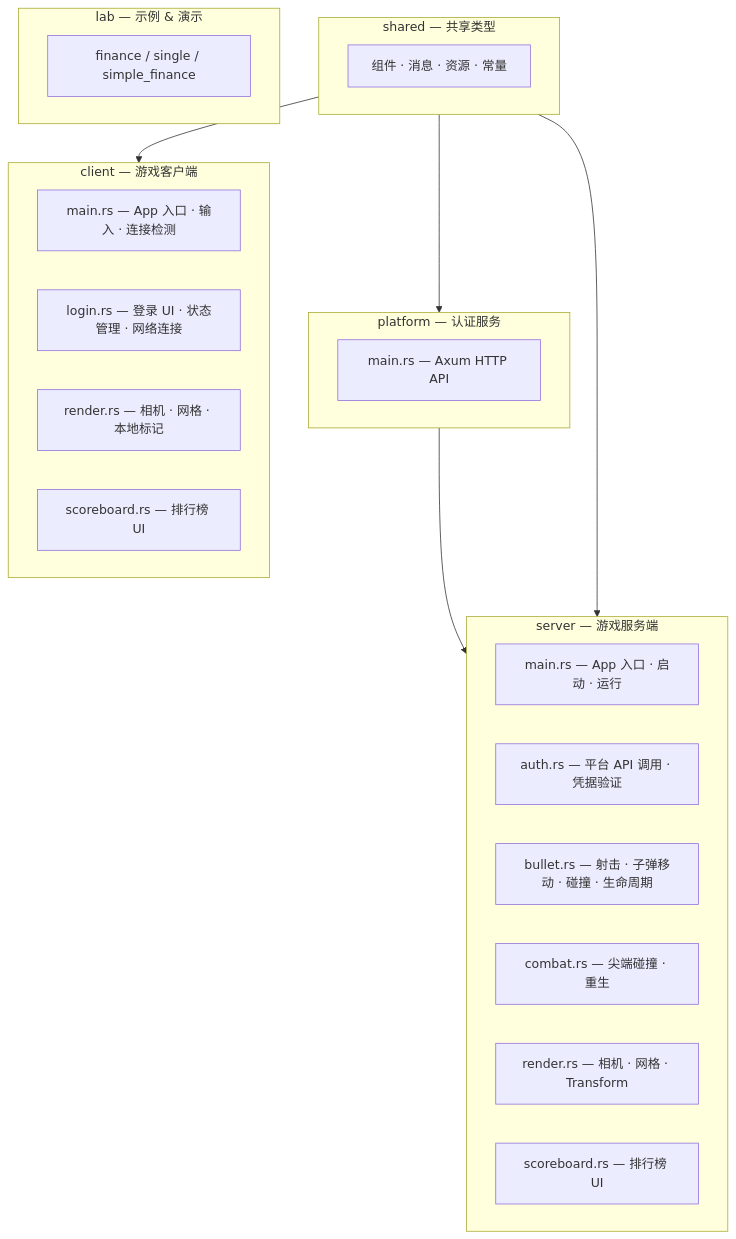
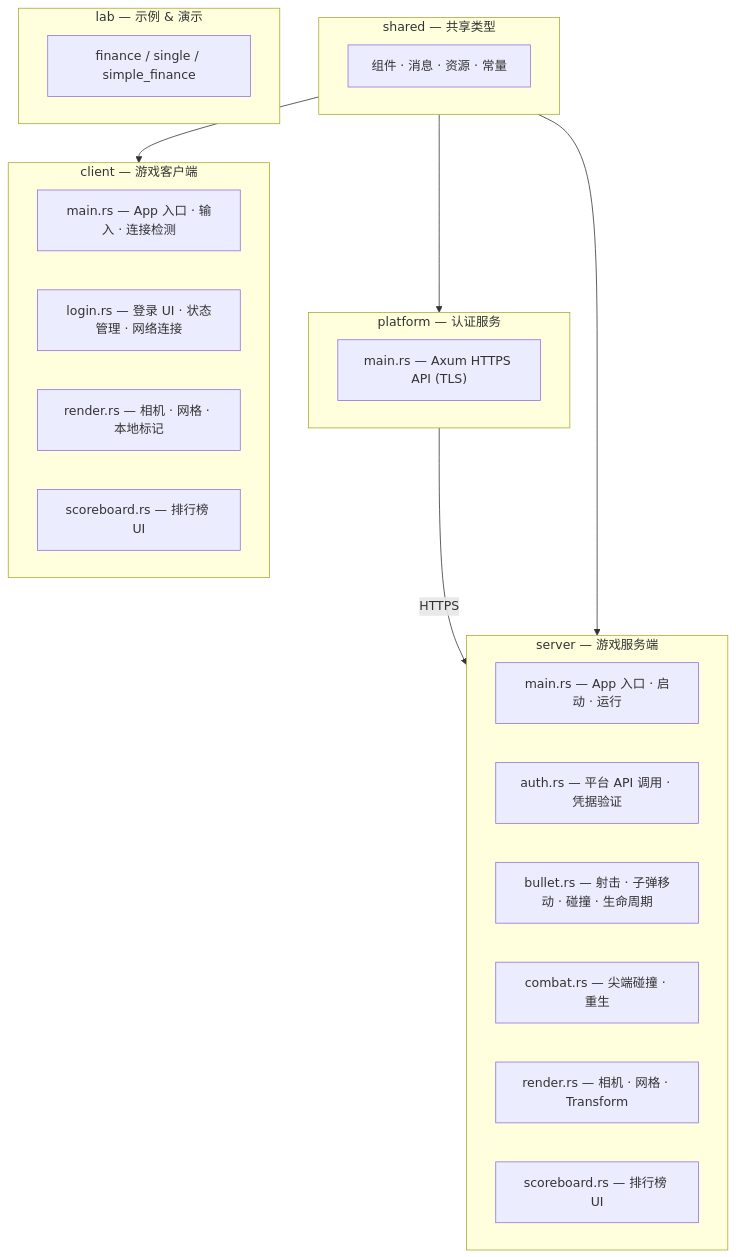
The first of 3 diagrams in DESIGN.md (kindywu/simple_bevy), drawn with Mermaid before and after one commit. The commit also changed other lines of this file and 2 other files, not shown here.

````diff
--- a/DESIGN.md
+++ b/DESIGN.md
@@ -9,35 +9,35 @@
 ```mermaid
 graph TD
     subgraph Platform["platform — 认证服务"]
-        P_AUTH["main.rs — Axum HTTP API"]
+        P_AUTH["main.rs — Axum HTTPS API (TLS)"]
     end
 
     subgraph Shared["shared — 共享类型"]
         S_TYPES["组件 · 消息 · 资源 · 常量"]
     end
 
     subgraph Server["server — 游戏服务端"]
         SV_MAIN["main.rs — App 入口 · 启动 · 运行"]
         SV_AUTH["auth.rs — 平台 API 调用 · 凭据验证"]
         SV_BULLET["bullet.rs — 射击 · 子弹移动 · 碰撞 · 生命周期"]
         SV_COMBAT["combat.rs — 尖端碰撞 · 重生"]
         SV_RENDER["render.rs — 相机 · 网格 · Transform"]
         SV_SCORE["scoreboard.rs — 排行榜 UI"]
     end
 
     subgraph Client["client — 游戏客户端"]
         CL_MAIN["main.rs — App 入口 · 输入 · 连接检测"]
         CL_LOGIN["login.rs — 登录 UI · 状态管理 · 网络连接"]
         CL_RENDER["render.rs — 相机 · 网格 · 本地标记"]
         CL_SCORE["scoreboard.rs — 排行榜 UI"]
     end
 
     subgraph Lab["lab — 示例 & 演示"]
         LAB_EXAMPLES["finance / single / simple_finance"]
     end
 
-    Platform --> Server
+    Platform -->|"HTTPS"| Server
     Shared --> Server
     Shared --> Client
     Shared --> Platform
 ```
````
